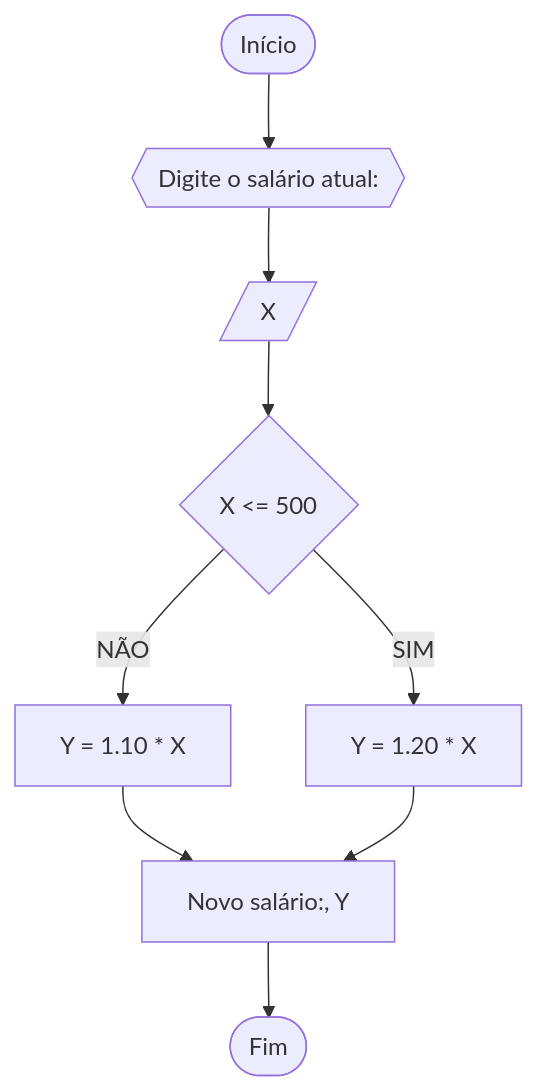
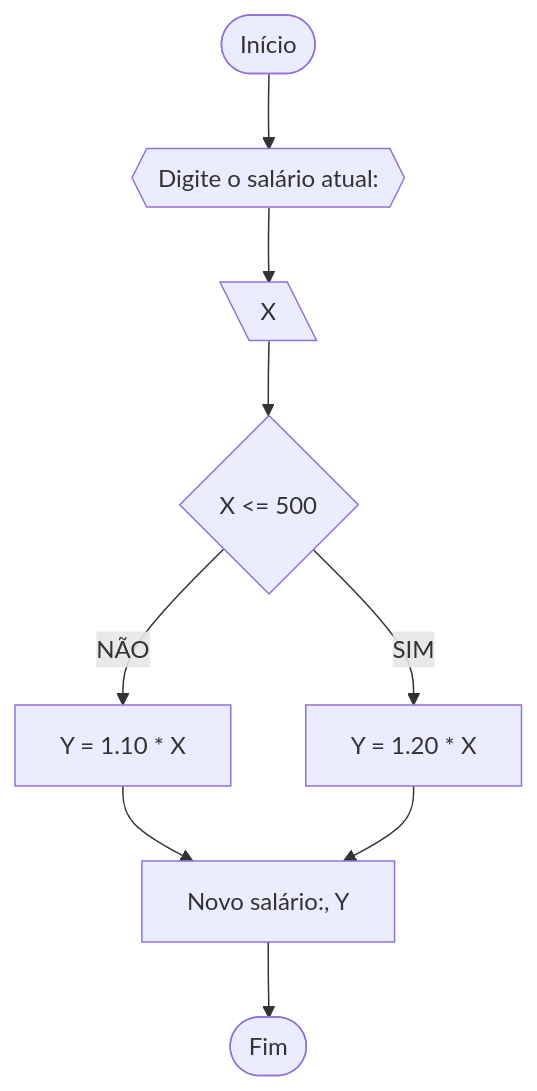
The second of 4 diagrams in RLA/lista_exercicio.md (Jandih/Unifor), drawn with Mermaid before and after one commit. The commit also changed other lines of this file, not shown here.

`````diff
--- a/RLA/lista_exercicio.md
+++ b/RLA/lista_exercicio.md
@@ -36,11 +36,11 @@
 ````mermaid
 flowchart TD
 A([Início]) --> B{{Digite o salário atual:}}
-B --> C[/X/]
+B --> C[\X\]
 C --> D{X <= 500}
 D --NÃO--> E[Y = 1.10 * X]
 D --SIM--> F[Y = 1.20 * X]
 E --> G[Novo salário:, Y]
 F --> G
 G --> H([Fim])
 ````
`````
